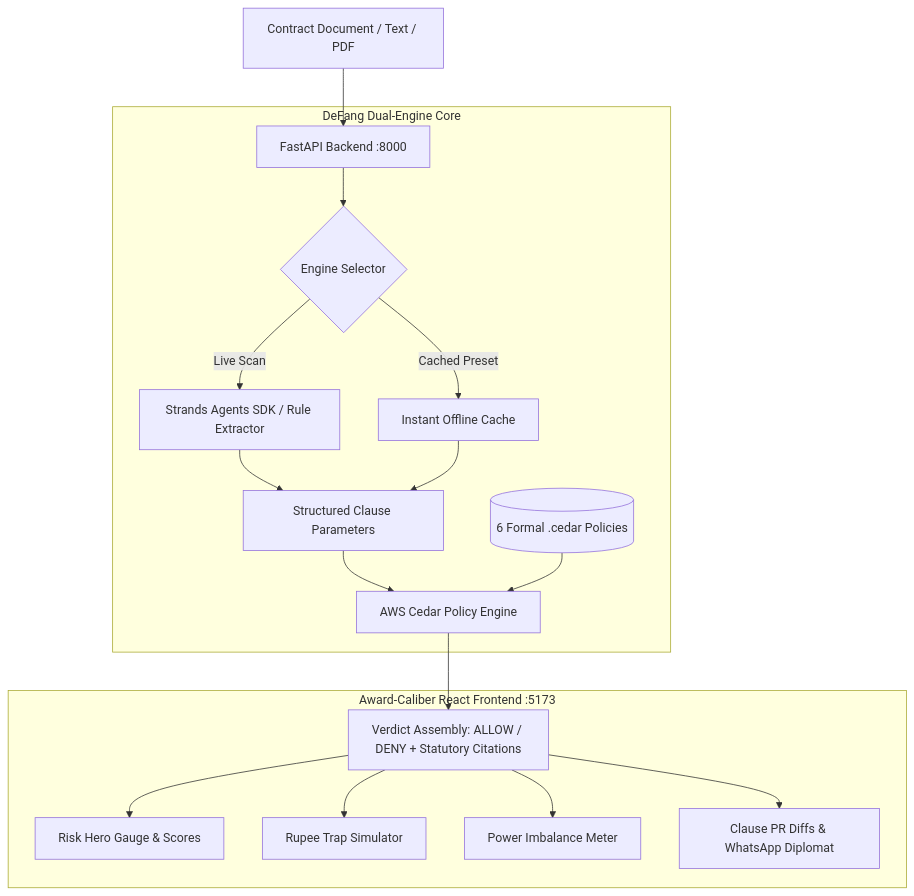
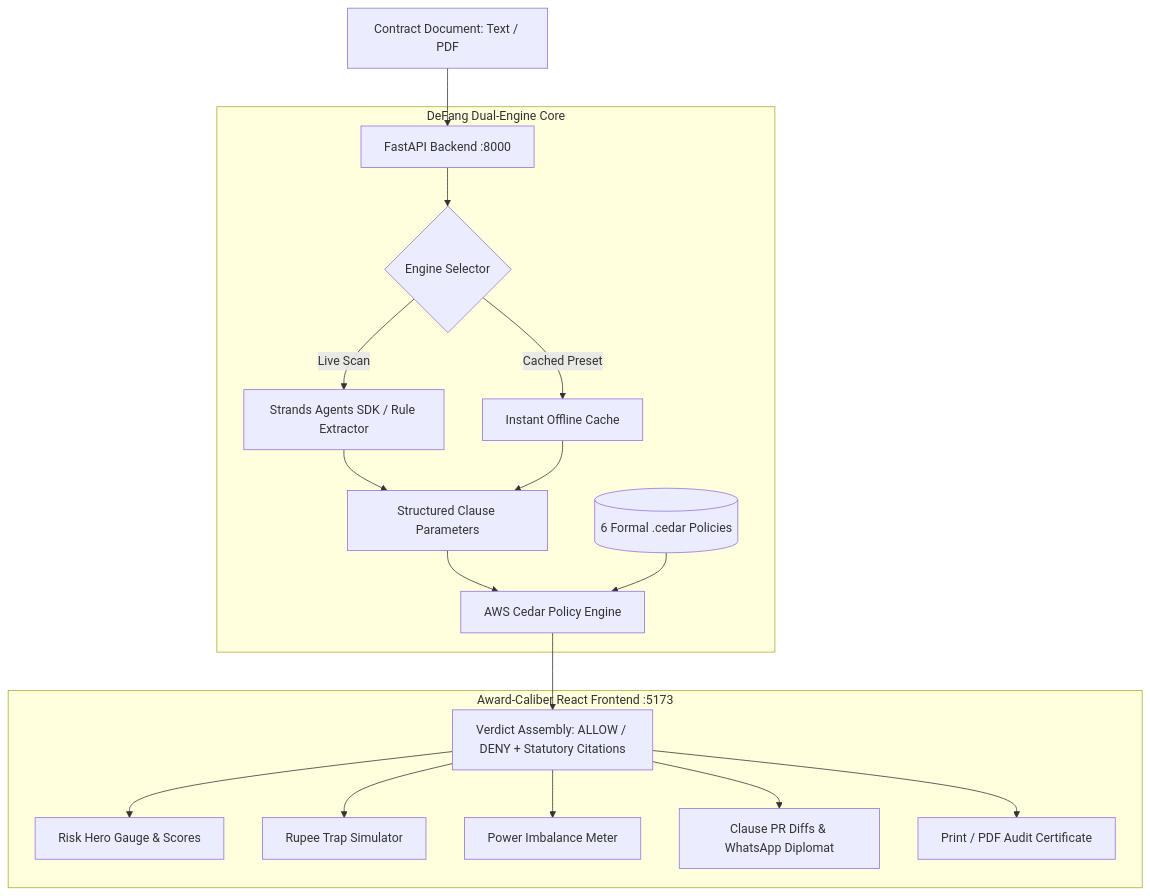
One commit to Pranay207/DeFang changed the diagram in README.md. Above: the diagram before and after it, drawn with Mermaid. The commit also changed other lines of this file and 2 other files, not shown here.

````diff
--- a/README.md
+++ b/README.md
@@ -89,23 +121,24 @@
 ```mermaid
 flowchart TD
-    A[Contract Document / Text / PDF] --> B[FastAPI Backend :8000]
+    A[Contract Document: Text / PDF] --> B[FastAPI Backend :8000]
     
     subgraph Dual_Engine ["DeFang Dual-Engine Core"]
         B --> C{Engine Selector}
         C -->|Live Scan| D[Strands Agents SDK / Rule Extractor]
         C -->|Cached Preset| E[Instant Offline Cache]
         D --> F[Structured Clause Parameters]
         E --> F
         F --> G[AWS Cedar Policy Engine]
         H[(6 Formal .cedar Policies)] --> G
     end
 
     G --> I[Verdict Assembly: ALLOW / DENY + Statutory Citations]
     
     subgraph Interactive_UI ["Award-Caliber React Frontend :5173"]
         I --> J[Risk Hero Gauge & Scores]
         I --> K[Rupee Trap Simulator]
         I --> L[Power Imbalance Meter]
         I --> M[Clause PR Diffs & WhatsApp Diplomat]
+        I --> N[Print / PDF Audit Certificate]
     end
 ```
````
